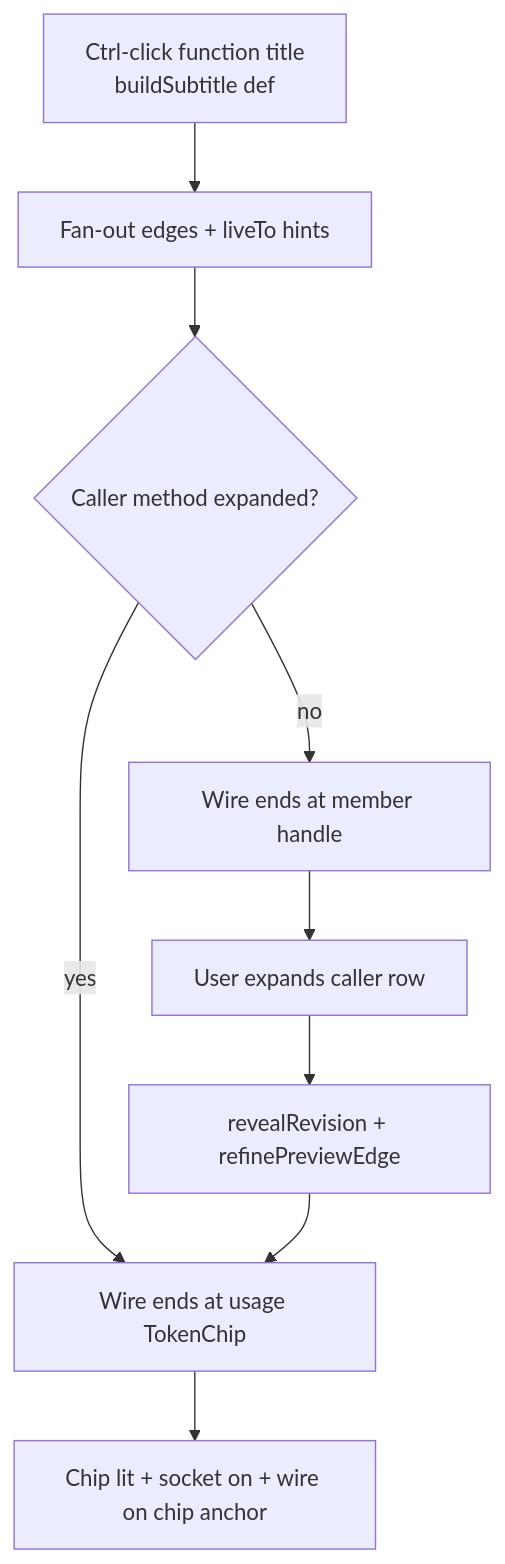
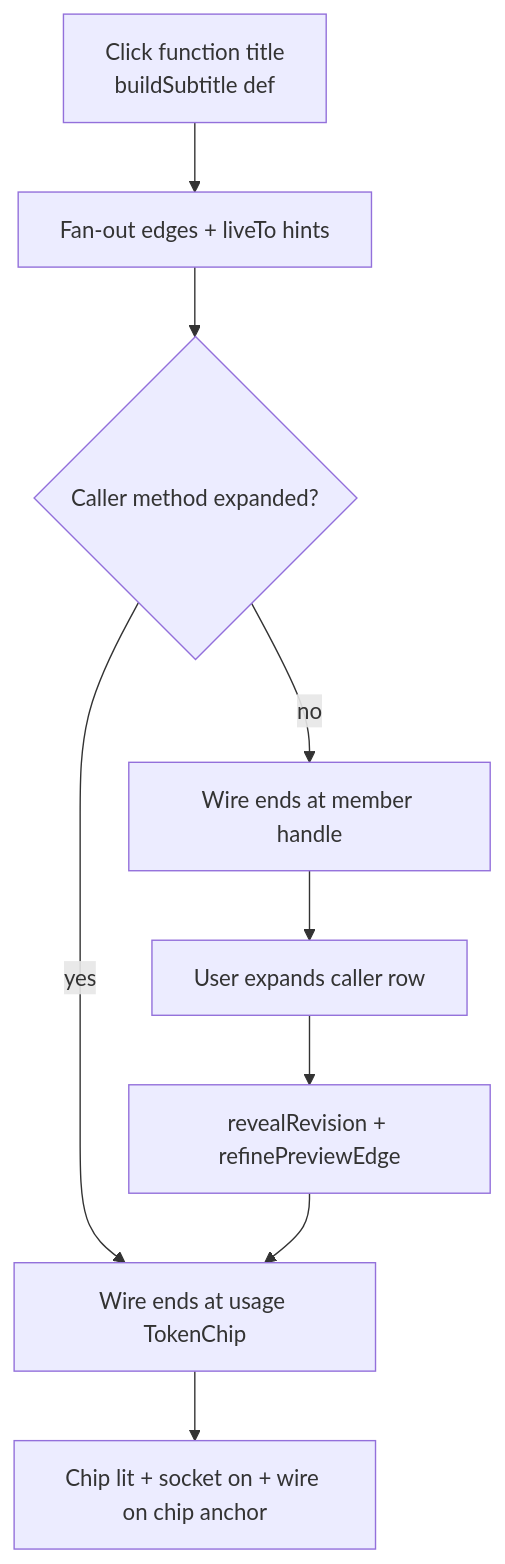
The sixth of 10 diagrams in docs/specs/system/preview-edges.interactions.supplement.md (matkleve/codegrapher), drawn with Mermaid before and after one commit. The commit also changed other lines of this file and 26 other files, not shown here.

````diff
--- a/docs/specs/system/preview-edges.interactions.supplement.md
+++ b/docs/specs/system/preview-edges.interactions.supplement.md
@@ -164,11 +165,11 @@
 ```mermaid
 flowchart TD
-  A[Ctrl-click function title<br/>buildSubtitle def] --> B[Fan-out edges + liveTo hints]
+  A[Click function title<br/>buildSubtitle def] --> B[Fan-out edges + liveTo hints]
   B --> C{Caller method expanded?}
   C -->|no| D[Wire ends at member handle]
   C -->|yes| E[Wire ends at usage TokenChip]
   D --> F[User expands caller row]
   F --> G[revealRevision + refinePreviewEdge]
   G --> E
   E --> H[Chip lit + socket on + wire on chip anchor]
 ```
````
